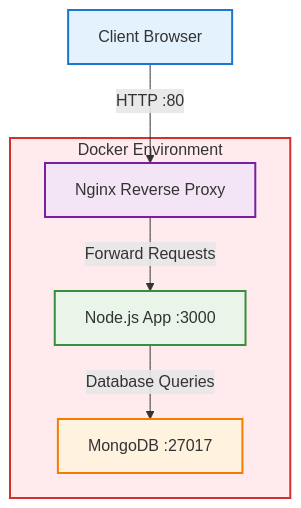
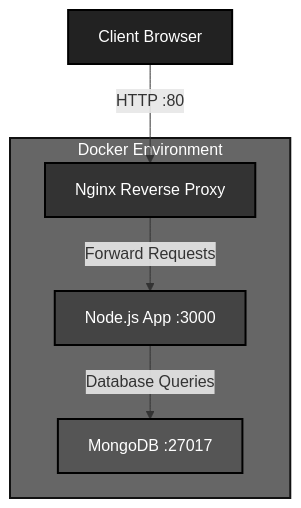
The first of 13 diagrams in url-shortener-lab02-feature-nginx-layer/README.md (Shahriarin2garden/url-shortener-lab02-feature-nginx-layer), drawn with Mermaid before and after one commit. The commit also changed other lines of this file, not shown here.

First line of the commit message:
Revise diagram color styles for clarity

````diff
--- a/url-shortener-lab02-feature-nginx-layer/README.md
+++ b/url-shortener-lab02-feature-nginx-layer/README.md
@@ -25,18 +27,18 @@
 ```mermaid
 graph TD
     Client[Client Browser] -->|HTTP :80| Nginx[Nginx Reverse Proxy]
     Nginx -->|Forward Requests| App[Node.js App :3000]
     App -->|Database Queries| MongoDB[MongoDB :27017]
 
     subgraph Docker[Docker Environment]
         Nginx
         App
         MongoDB
     end
 
-    style Client fill:#e3f2fd,stroke:#1976d2,stroke-width:2px
-    style Nginx fill:#f3e5f5,stroke:#7b1fa2,stroke-width:2px
-    style App fill:#e8f5e8,stroke:#388e3c,stroke-width:2px
-    style MongoDB fill:#fff3e0,stroke:#f57c00,stroke-width:2px
-    style Docker fill:#ffebee,stroke:#d32f2f,stroke-width:2px
+    style Client fill:#222,stroke:#000,stroke-width:2px,color:#fff
+    style Nginx fill:#333,stroke:#000,stroke-width:2px,color:#fff
+    style App fill:#444,stroke:#000,stroke-width:2px,color:#fff
+    style MongoDB fill:#555,stroke:#000,stroke-width:2px,color:#fff
+    style Docker fill:#666,stroke:#111,stroke-width:2px,color:#fff
 ```
````
